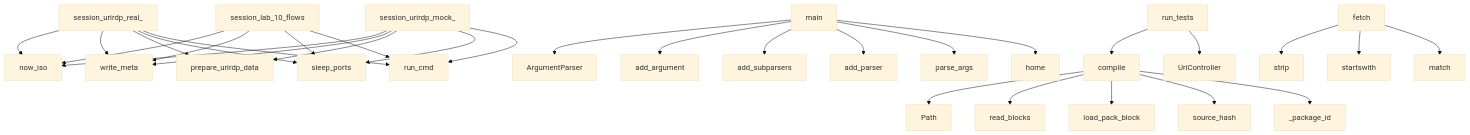
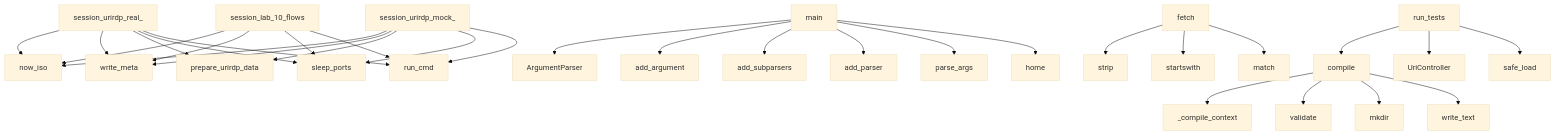
Before and after one commit to tellmesh/urisys: the diagram in project/context.md, drawn with Mermaid (base theme). The commit also changed other lines of this file and 25 other files, not shown here.

````diff
--- a/project/context.md
+++ b/project/context.md
@@ -475,33 +498,33 @@
 ```mermaid
 graph TD
     main --> ArgumentParser
     main --> add_argument
     session_urirdp_real_ --> now_iso
     session_urirdp_real_ --> write_meta
     session_urirdp_real_ --> prepare_urirdp_data
     session_urirdp_real_ --> sleep_ports
     session_urirdp_real_ --> run_cmd
-    compile --> Path
-    compile --> read_blocks
-    compile --> load_pack_block
-    compile --> source_hash
-    compile --> _package_id
     main --> add_subparsers
     main --> add_parser
     main --> parse_args
     main --> home
     session_lab_10_flows --> now_iso
     session_lab_10_flows --> write_meta
     session_lab_10_flows --> sleep_ports
     session_lab_10_flows --> run_cmd
+    compile --> _compile_context
+    compile --> validate
+    compile --> mkdir
+    compile --> write_text
     session_urirdp_mock_ --> now_iso
     session_urirdp_mock_ --> write_meta
     session_urirdp_mock_ --> prepare_urirdp_data
     session_urirdp_mock_ --> sleep_ports
     session_urirdp_mock_ --> run_cmd
     fetch --> strip
     fetch --> startswith
     fetch --> match
     run_tests --> compile
     run_tests --> UriController
+    run_tests --> safe_load
 ```
````
